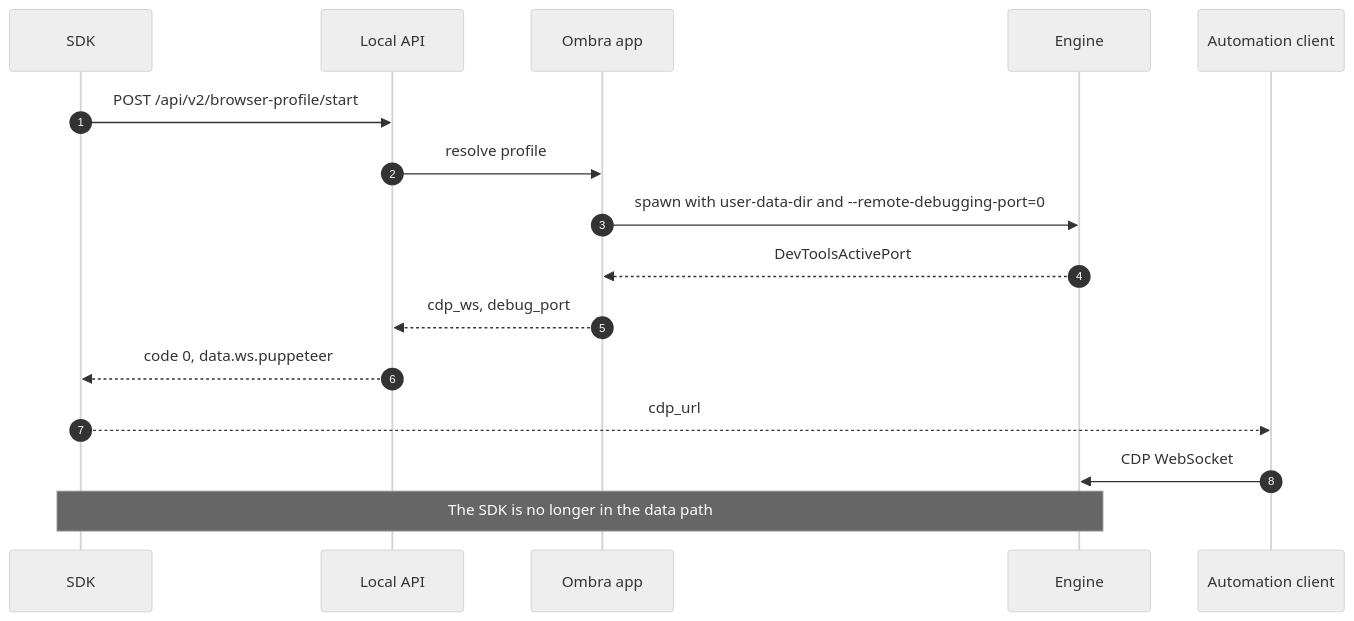
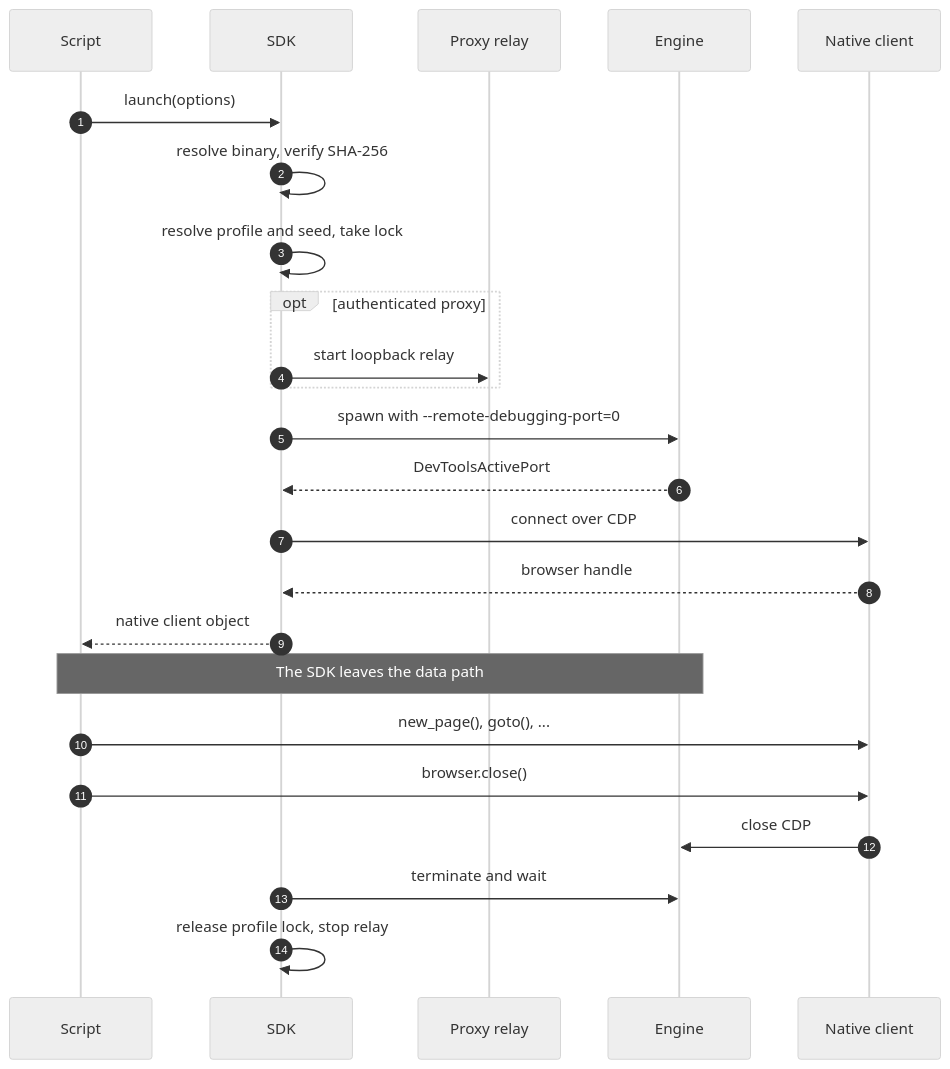
The second of 2 diagrams in docs/architecture.md (ombralabs/ombra), drawn with Mermaid (neutral theme) before and after one commit. The commit also changed other lines of this file and 38 other files, not shown here.

First line of the commit message:
feat!: launch Playwright and Puppeteer over CDP

````diff
--- a/docs/architecture.md
+++ b/docs/architecture.md
@@ -45,19 +52,27 @@
 ```mermaid
 sequenceDiagram
     autonumber
-    participant S as SDK
-    participant L as Local API
-    participant A as Ombra app
+    participant S as Script
+    participant K as SDK
+    participant R as Proxy relay
     participant E as Engine
-    participant C as Automation client
+    participant C as Native client
 
-    S->>L: POST /api/v2/browser-profile/start
-    L->>A: resolve profile
-    A->>E: spawn with user-data-dir and --remote-debugging-port=0
-    E-->>A: DevToolsActivePort
-    A-->>L: cdp_ws, debug_port
-    L-->>S: code 0, data.ws.puppeteer
-    S-->>C: cdp_url
-    C->>E: CDP WebSocket
-    Note over S,E: The SDK is no longer in the data path
+    S->>K: launch(options)
+    K->>K: resolve binary, verify SHA-256
+    K->>K: resolve profile and seed, take lock
+    opt authenticated proxy
+        K->>R: start loopback relay
+    end
+    K->>E: spawn with --remote-debugging-port=0
+    E-->>K: DevToolsActivePort
+    K->>C: connect over CDP
+    C-->>K: browser handle
+    K-->>S: native client object
+    Note over S,E: The SDK leaves the data path
+    S->>C: new_page(), goto(), ...
+    S->>C: browser.close()
+    C->>E: close CDP
+    K->>E: terminate and wait
+    K->>K: release profile lock, stop relay
 ```
````
